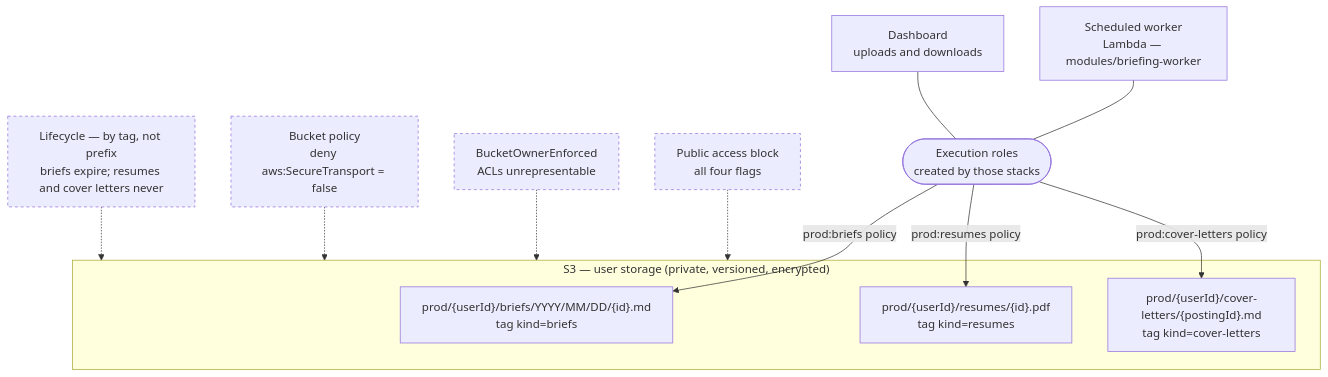
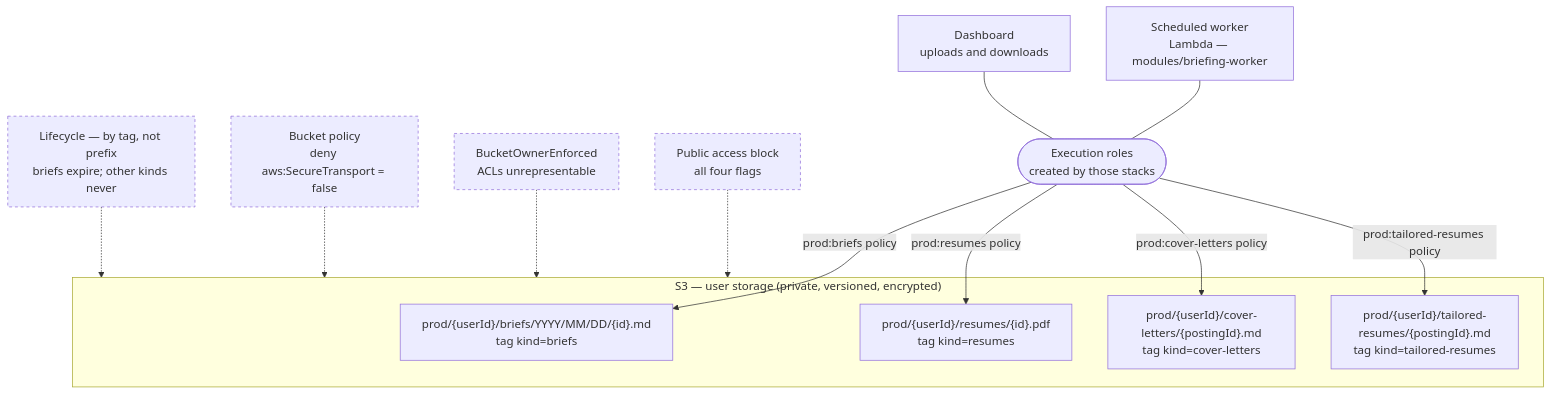
One commit to sunnyeyles/control-panel changed the diagram in infra/aws/README.md. Above: the diagram before and after it, drawn with Mermaid. The commit also changed other lines of this file and 9 other files, not shown here.

````diff
--- a/infra/aws/README.md
+++ b/infra/aws/README.md
@@ -65,30 +65,32 @@
 ```mermaid
 flowchart TB
   worker["Scheduled worker<br>Lambda — modules/briefing-worker"]
   app["Dashboard<br>uploads and downloads"]
   role(["Execution roles<br>created by those stacks"])
 
   subgraph bucket["S3 — user storage (private, versioned, encrypted)"]
     briefs["prod/{userId}/briefs/YYYY/MM/DD/{id}.md<br>tag kind=briefs"]
     resumes["prod/{userId}/resumes/{id}.pdf<br>tag kind=resumes"]
     letters["prod/{userId}/cover-letters/{postingId}.md<br>tag kind=cover-letters"]
+    tailored["prod/{userId}/tailored-resumes/{postingId}.md<br>tag kind=tailored-resumes"]
   end
 
   pab["Public access block<br>all four flags"]
   own["BucketOwnerEnforced<br>ACLs unrepresentable"]
   tls["Bucket policy<br>deny aws:SecureTransport = false"]
-  lc["Lifecycle — by tag, not prefix<br>briefs expire; resumes and cover letters never"]
+  lc["Lifecycle — by tag, not prefix<br>briefs expire; other kinds never"]
 
   worker --- role
   app --- role
   role -->|prod:briefs policy| briefs
   role -->|prod:resumes policy| resumes
   role -->|prod:cover-letters policy| letters
+  role -->|prod:tailored-resumes policy| tailored
   pab -.-> bucket
   own -.-> bucket
   tls -.-> bucket
   lc -.-> bucket
 
   classDef guard stroke-dasharray:4 4
   class pab,own,tls,lc guard
 ```
````
